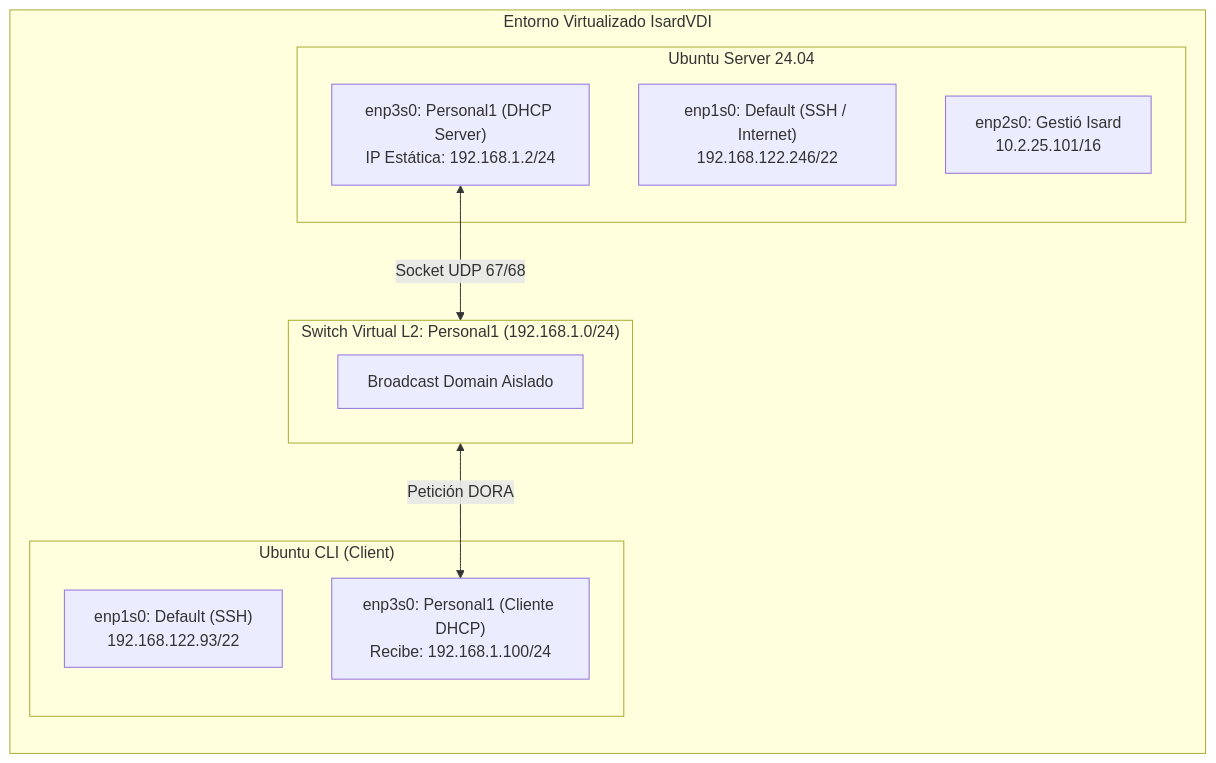
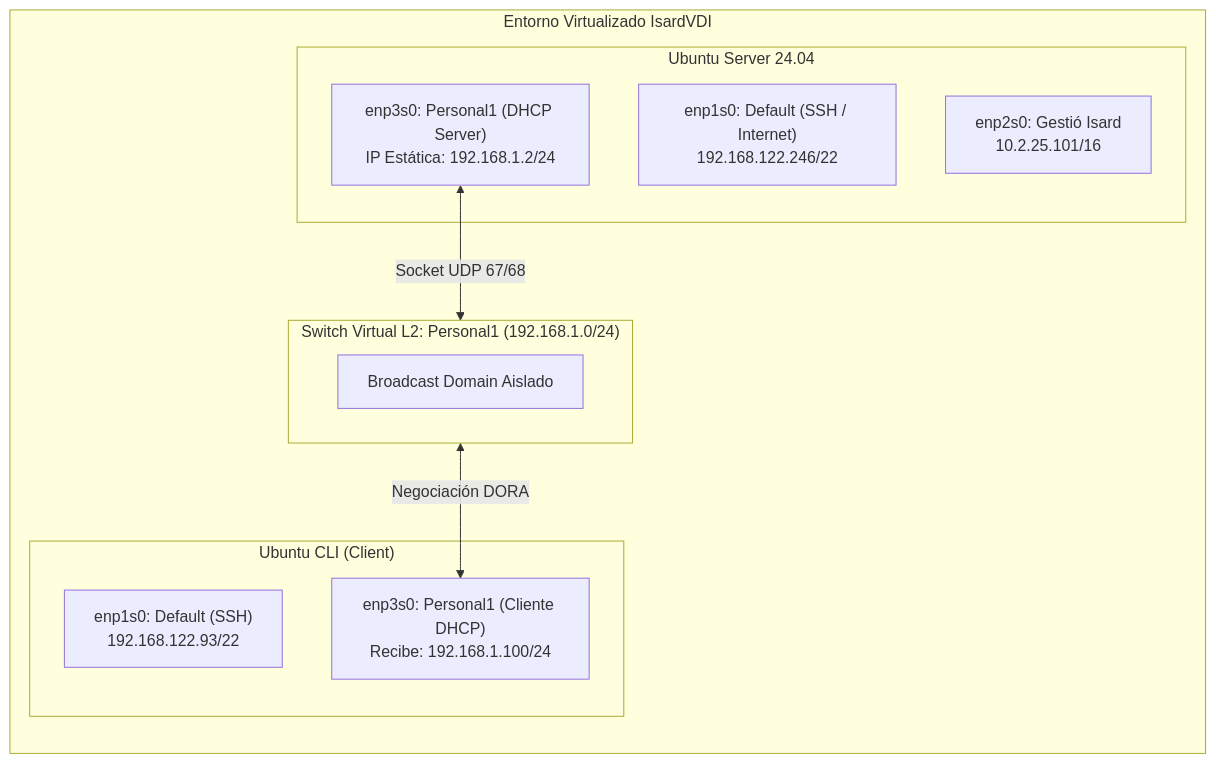
One commit to bo-hao-zhang/study-lab changed the diagram in dhcp-server-lab/README.md. Above: the diagram before and after it, drawn with Mermaid. The commit also changed other lines of this file and 11 other files, not shown here.

````diff
--- a/dhcp-server-lab/README.md
+++ b/dhcp-server-lab/README.md
@@ -18,24 +32,24 @@
 ```mermaid
 flowchart LR
     subgraph IsardVDI["Entorno Virtualizado IsardVDI"]
         direction TB
         
         subgraph Servidor["Ubuntu Server 24.04"]
             SRV_MGMT["enp1s0: Default (SSH / Internet)\n192.168.122.246/22"]
             SRV_ISARD["enp2s0: Gestió Isard\n10.2.25.101/16"]
             SRV_LAN["enp3s0: Personal1 (DHCP Server)\nIP Estática: 192.168.1.2/24"]
         end
 
         subgraph SwitchVirtual["Switch Virtual L2: Personal1 (192.168.1.0/24)"]
             BROADCAST["Broadcast Domain Aislado"]
         end
 
         subgraph Cliente["Ubuntu CLI (Client)"]
             CLI_MGMT["enp1s0: Default (SSH)\n192.168.122.93/22"]
             CLI_LAN["enp3s0: Personal1 (Cliente DHCP)\nRecibe: 192.168.1.100/24"]
         end
 
         SRV_LAN <-->|"Socket UDP 67/68"| SwitchVirtual
-        SwitchVirtual <-->|"Petición DORA"| CLI_LAN
+        SwitchVirtual <-->|"Negociación DORA"| CLI_LAN
     end
 ```
````
